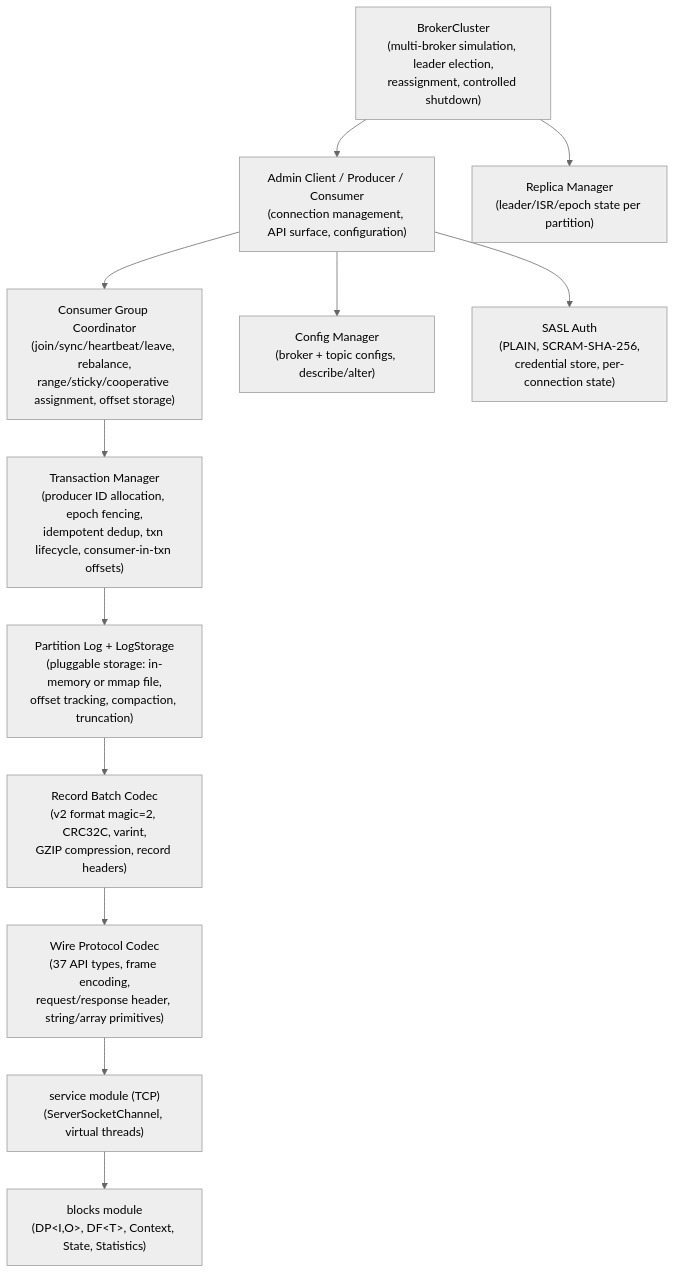
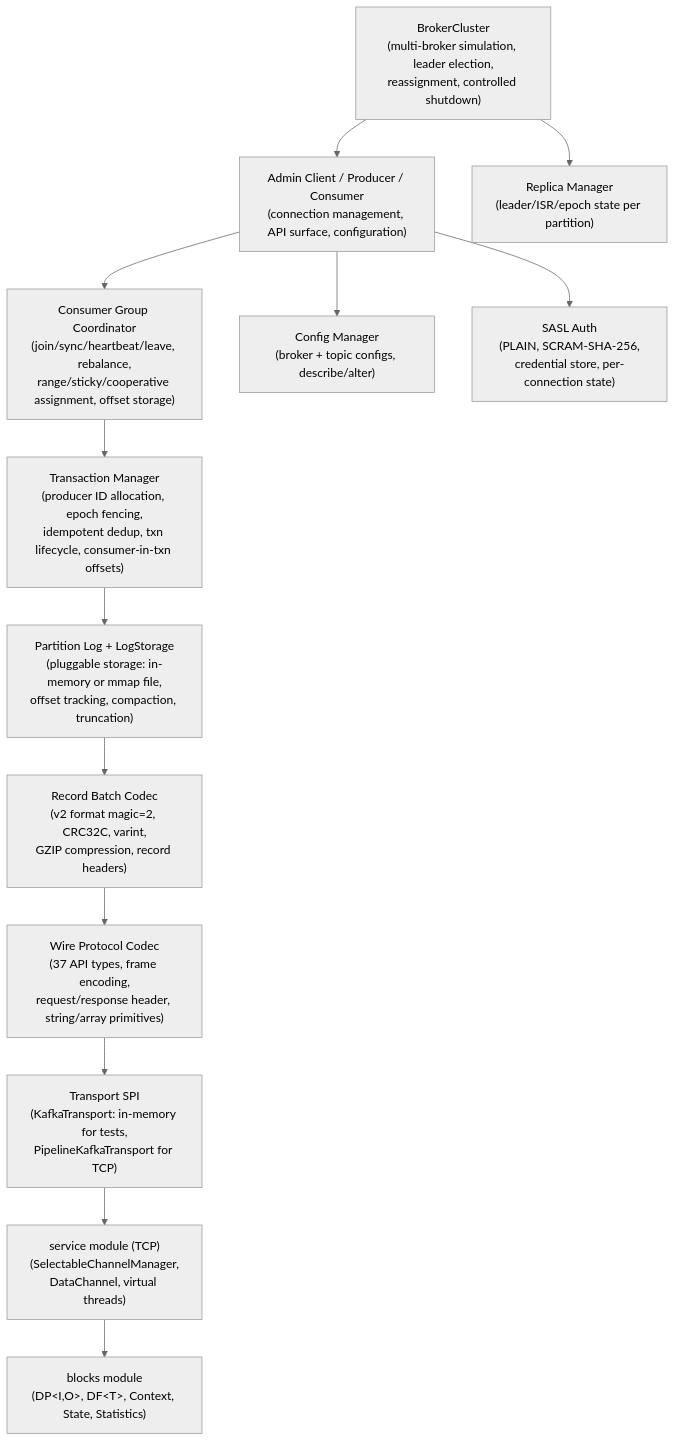
Before and after one commit to 000ssg/lego-flow: the first of 12 diagrams in messaging/kafka/doc/ARCHITECTURE.md, drawn with Mermaid (neutral theme). The commit also changed other lines of this file and 780 other files, not shown here.

````diff
--- a/messaging/kafka/doc/ARCHITECTURE.md
+++ b/messaging/kafka/doc/ARCHITECTURE.md
@@ -13,20 +13,21 @@
 ```mermaid
 graph TD
     L0["BrokerCluster<br/>(multi-broker simulation, leader election,<br/>reassignment, controlled shutdown)"]
     L1["Admin Client / Producer / Consumer<br/>(connection management, API surface, configuration)"]
     L2["Consumer Group Coordinator<br/>(join/sync/heartbeat/leave, rebalance,<br/>range/sticky/cooperative assignment, offset storage)"]
     L3["Transaction Manager<br/>(producer ID allocation, epoch fencing,<br/>idempotent dedup, txn lifecycle, consumer-in-txn offsets)"]
     L3a["Config Manager<br/>(broker + topic configs, describe/alter)"]
     L3b["SASL Auth<br/>(PLAIN, SCRAM-SHA-256,<br/>credential store, per-connection state)"]
     L4["Partition Log + LogStorage<br/>(pluggable storage: in-memory or mmap file,<br/>offset tracking, compaction, truncation)"]
     L4a["Replica Manager<br/>(leader/ISR/epoch state per partition)"]
     L5["Record Batch Codec<br/>(v2 format magic=2, CRC32C, varint,<br/>GZIP compression, record headers)"]
     L6["Wire Protocol Codec<br/>(37 API types, frame encoding,<br/>request/response header, string/array primitives)"]
-    L7["service module (TCP)<br/>(ServerSocketChannel, virtual threads)"]
-    L8["blocks module<br/>(DP&lt;I,O&gt;, DF&lt;T&gt;, Context, State, Statistics)"]
+    L7["Transport SPI<br/>(KafkaTransport: in-memory for tests,<br/>PipelineKafkaTransport for TCP)"]
+    L8["service module (TCP)<br/>(SelectableChannelManager,<br/>DataChannel, virtual threads)"]
+    L9["blocks module<br/>(DP&lt;I,O&gt;, DF&lt;T&gt;, Context, State, Statistics)"]
 
-    L0 --> L1 --> L2 --> L3 --> L4 --> L5 --> L6 --> L7 --> L8
+    L0 --> L1 --> L2 --> L3 --> L4 --> L5 --> L6 --> L7 --> L8 --> L9
     L1 --> L3a
     L1 --> L3b
     L0 --> L4a
 ```
````
